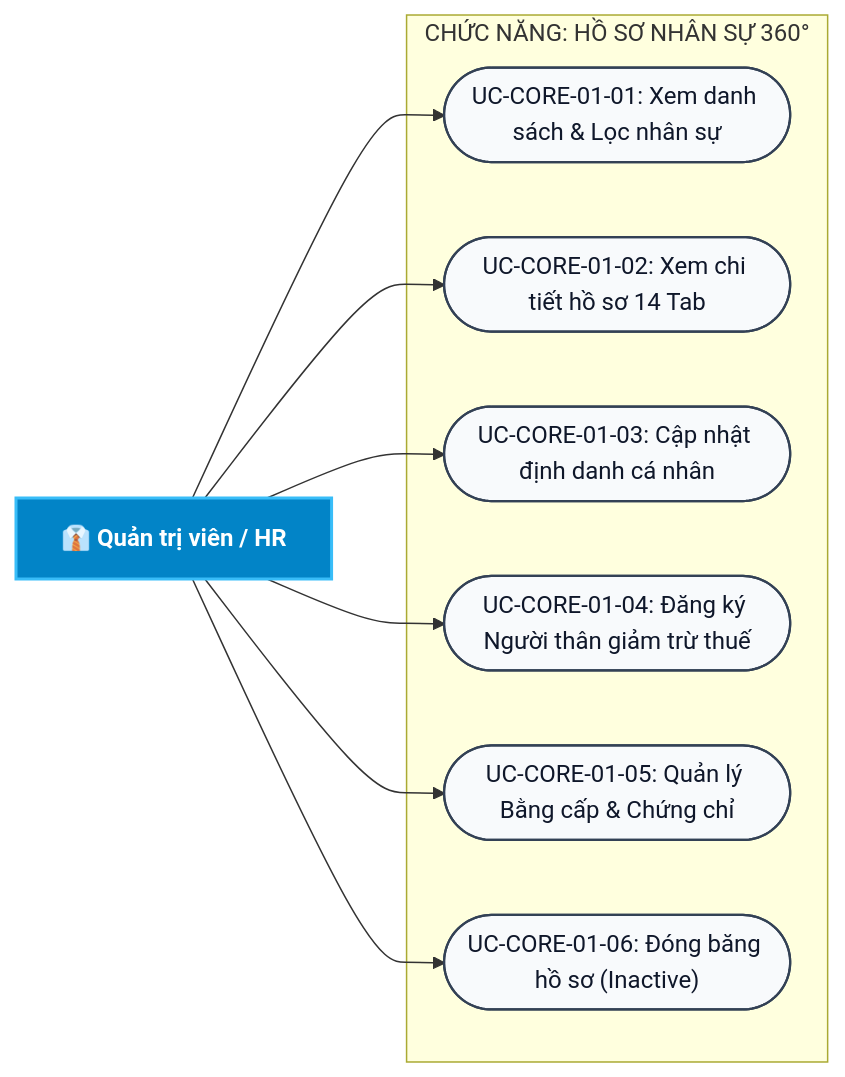
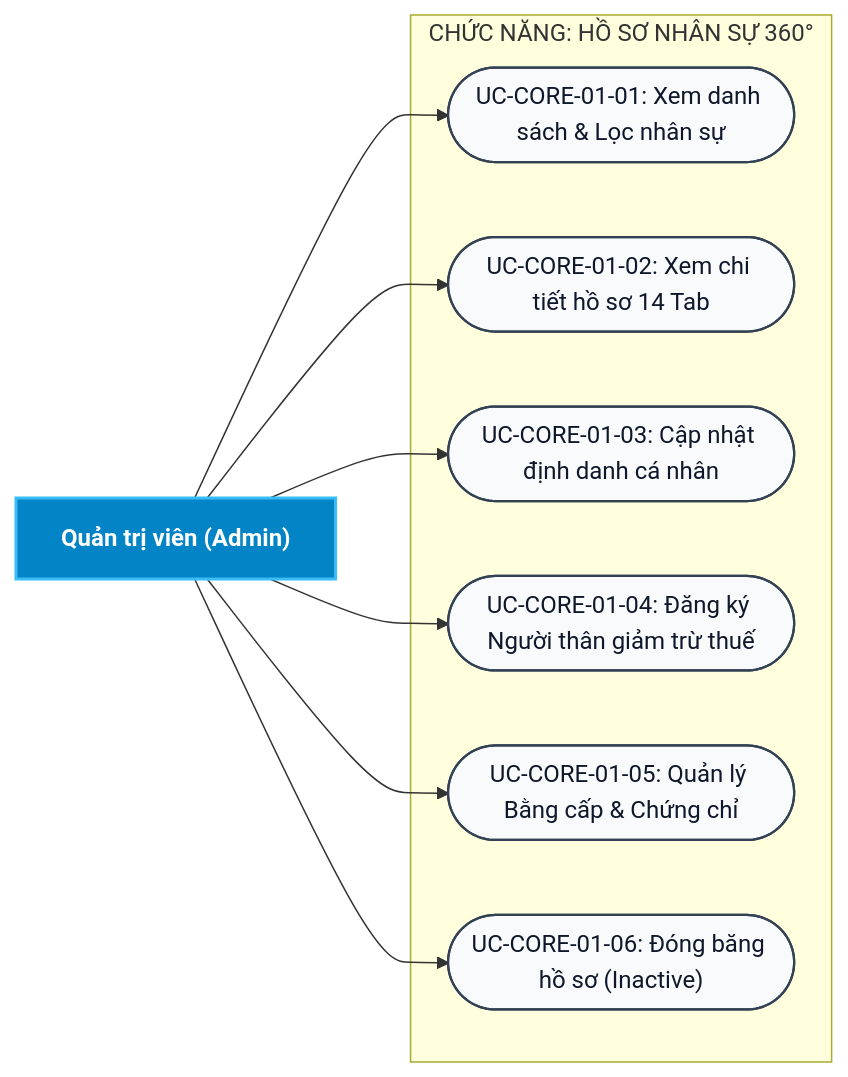
Diagram 15 of 46 in docs/Các biểu đồ/So_Do_Use_Case_Tong_Quat_HRM.md (aye2710/HRM-DATN), drawn with Mermaid before and after one commit. The commit also changed other lines of this file and 69 other files, not shown here.

First line of the commit message:
feat(ess,auth,docs): isolate portal auth, upgrade employee portal UI & sync diagrams

````diff
--- a/docs/Các biểu đồ/So_Do_Use_Case_Tong_Quat_HRM.md
+++ b/docs/Các biểu đồ/So_Do_Use_Case_Tong_Quat_HRM.md
@@ -820,25 +1044,25 @@
 ```mermaid
 flowchart LR
-    ADMIN["👔 Quản trị viên / HR"]
+    ADMIN["Quản trị viên (Admin)"]
 
     subgraph FUNC_EMP ["CHỨC NĂNG: HỒ SƠ NHÂN SỰ 360°"]
         UC1(["UC-CORE-01-01: Xem danh sách & Lọc nhân sự"])
         UC2(["UC-CORE-01-02: Xem chi tiết hồ sơ 14 Tab"])
         UC3(["UC-CORE-01-03: Cập nhật định danh cá nhân"])
         UC4(["UC-CORE-01-04: Đăng ký Người thân giảm trừ thuế"])
         UC5(["UC-CORE-01-05: Quản lý Bằng cấp & Chứng chỉ"])
         UC6(["UC-CORE-01-06: Đóng băng hồ sơ (Inactive)"])
     end
 
     ADMIN --> UC1
     ADMIN --> UC2
     ADMIN --> UC3
     ADMIN --> UC4
     ADMIN --> UC5
     ADMIN --> UC6
 
     classDef actor fill:#0284c7,stroke:#38bdf8,stroke-width:2px,color:#ffffff,font-weight:bold;
     classDef uc fill:#f8fafc,stroke:#334155,stroke-width:1.5px,color:#0f172a;
     class ADMIN actor;
     class UC1,UC2,UC3,UC4,UC5,UC6 uc;
 ```
````
